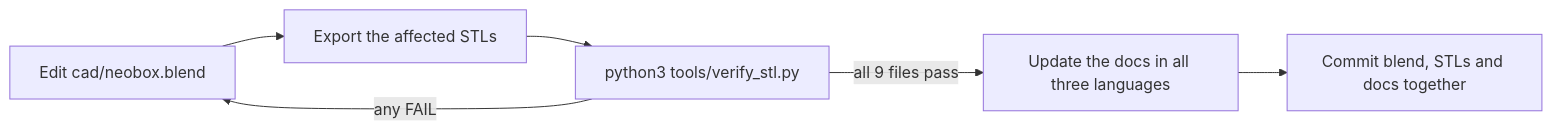
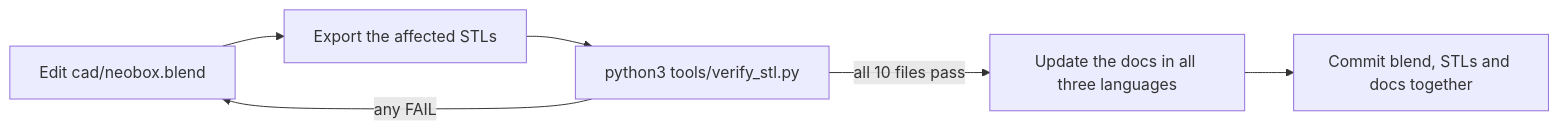
The diagram in docs/design.md (Neoanaloglab/Neobox), drawn with Mermaid before and after one commit. The commit also changed other lines of this file and 42 other files, not shown here.

````diff
--- a/docs/design.md
+++ b/docs/design.md
@@ -365,8 +384,8 @@
 ```mermaid
 flowchart LR
   A[Edit cad/neobox.blend] --> B[Export the affected STLs]
   B --> C[python3 tools/verify_stl.py]
-  C -->|all 9 files pass| D[Update the docs in all three languages]
+  C -->|all 10 files pass| D[Update the docs in all three languages]
   C -->|any FAIL| A
   D --> E[Commit blend, STLs and docs together]
 ```
````
